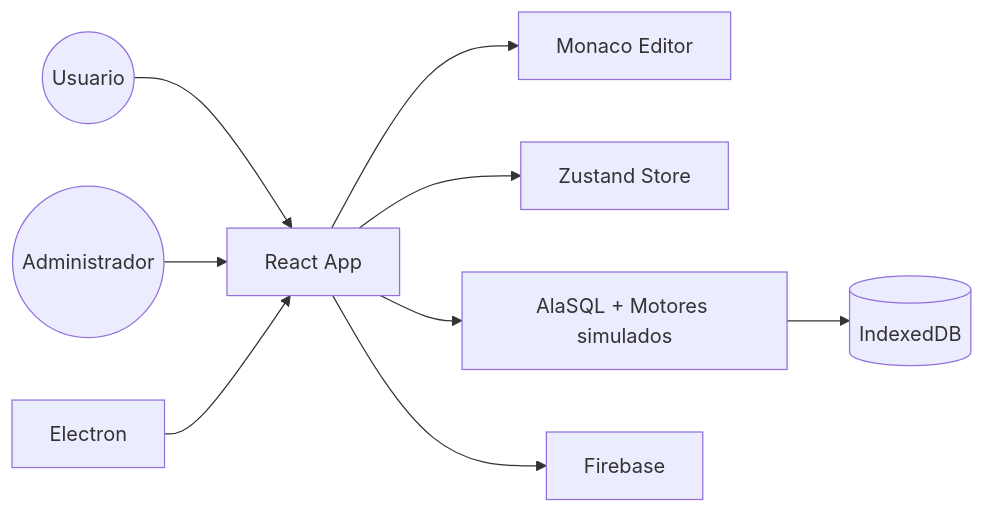
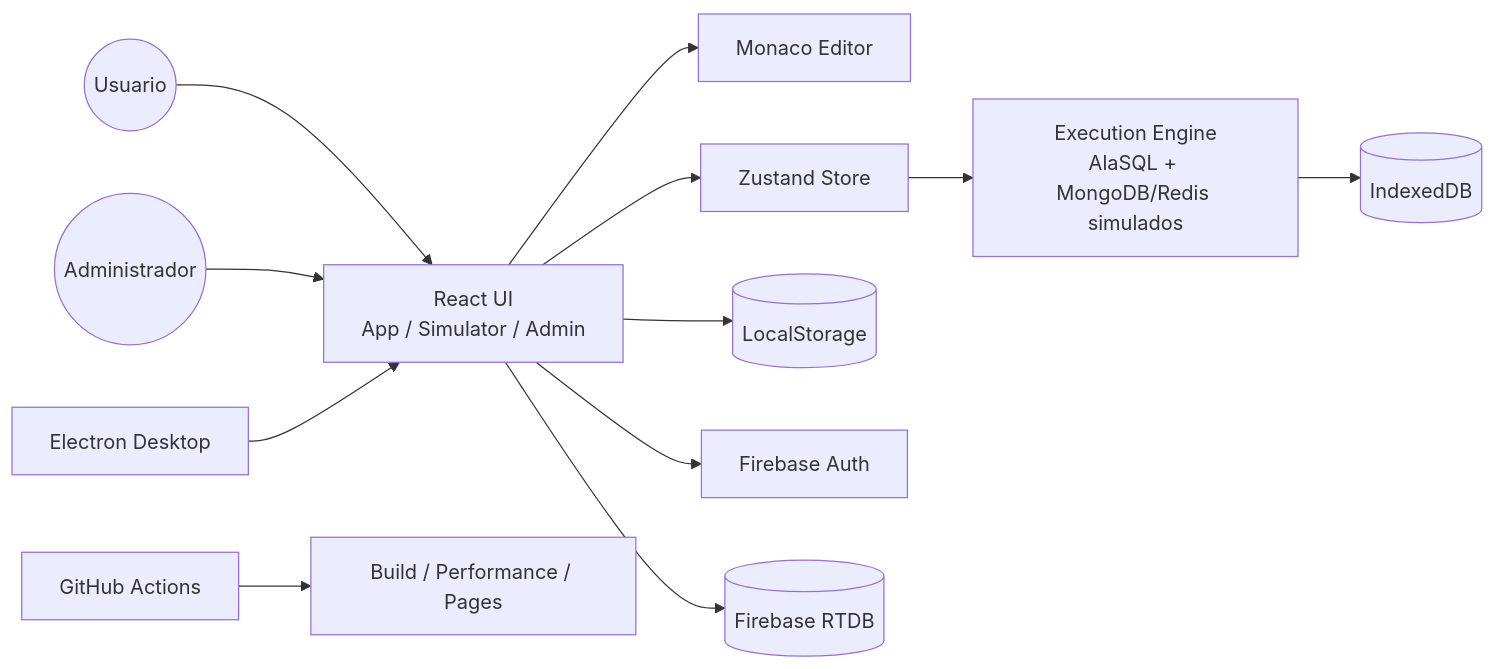
The diagram in FD05-Informe-Proyecto-Final.md (UPT-FAING-EPIS/proyecto-si783-2026-i-u3-simulador-de-carga-de-bd), drawn with Mermaid before and after one commit. The commit also changed other lines of this file and 6 other files, not shown here.

````diff
--- a/FD05-Informe-Proyecto-Final.md
+++ b/FD05-Informe-Proyecto-Final.md
@@ -193,11 +192,14 @@
 ```mermaid
 flowchart LR
-    Usuario((Usuario)) --> React["React App"]
-    Administrador((Administrador)) --> React
-    Electron["Electron"] --> React
-    React --> Monaco["Monaco Editor"]
-    React --> Store["Zustand Store"]
-    React --> Engine["AlaSQL + Motores simulados"]
+    Usuario((Usuario)) --> UI["React UI<br/>App / Simulator / Admin"]
+    Administrador((Administrador)) --> UI
+    Electron["Electron Desktop"] --> UI
+    UI --> Monaco["Monaco Editor"]
+    UI --> Store["Zustand Store"]
+    Store --> Engine["Execution Engine<br/>AlaSQL + MongoDB/Redis simulados"]
     Engine --> IDB[("IndexedDB")]
-    React --> Firebase["Firebase"]
+    UI --> LS[("LocalStorage")]
+    UI --> Auth["Firebase Auth"]
+    UI --> RTDB[("Firebase RTDB")]
+    GitHub["GitHub Actions"] --> Build["Build / Performance / Pages"]
 ```
````
